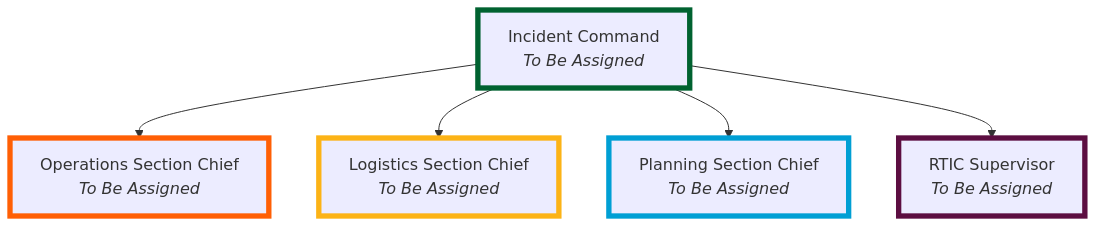
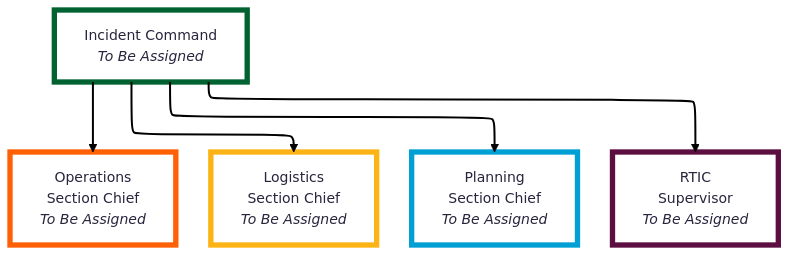
The diagram in data/md/template/ics/ics-207.md (jasonheimbaugh/EMMA), drawn with Mermaid before and after one commit. The commit also changed other lines of this file and 1 other file, not shown here.

Commit message:
ICS 207: header and Prepared by like the other forms; chart kept

````diff
--- a/data/md/template/ics/ics-207.md
+++ b/data/md/template/ics/ics-207.md
@@ -3,30 +11,40 @@
 ```mermaid
+---
+config:
+  layout: elk
+  look: classic
+  theme: redux
+---
 flowchart TB
     ic["`Incident Command
     *To Be Assigned*`"]
-    ops["`Operations Section Chief
+    ops["`Operations 
+    Section Chief
     *To Be Assigned*`"]
-    log["`Logistics Section Chief
+    log["`Logistics
+    Section Chief
     *To Be Assigned*`"]
-    plan["`Planning Section Chief
+    plan["`Planning
+    Section Chief
     *To Be Assigned*`"]
-    rtic["`RTIC Supervisor
+    rtic["`RTIC 
+    Supervisor
     *To Be Assigned*`"]
 
     ic --> ops
     ic --> log
     ic --> plan
     ic --> rtic
 
     classDef prairie stroke:#006230,stroke-width:4pt
     classDef orange stroke:#ff5f05,stroke-width:4pt
     classDef harvest stroke:#fcb316,stroke-width:4pt
     classDef arches stroke:#009fd4,stroke-width:4pt
     classDef berry stroke:#5c0e41,stroke-width:4pt
 
     class ic prairie
     class ops orange
     class log harvest
     class plan arches
     class rtic berry
 ```
````
